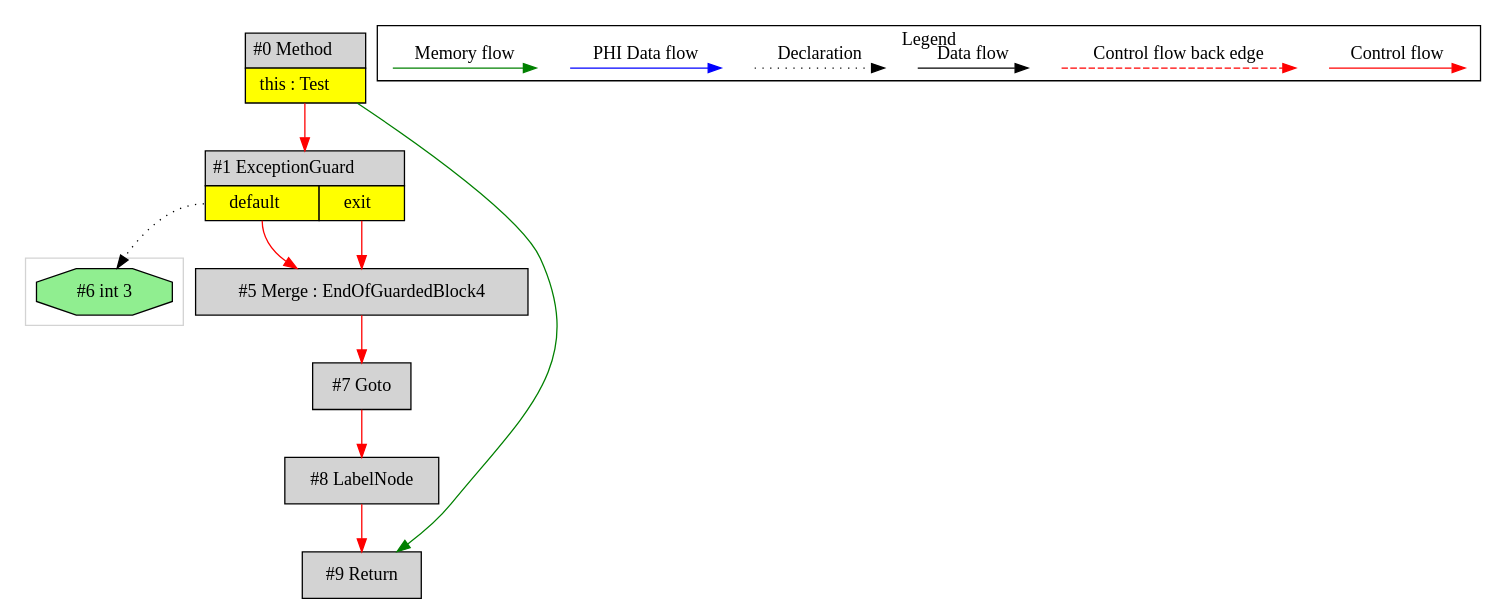
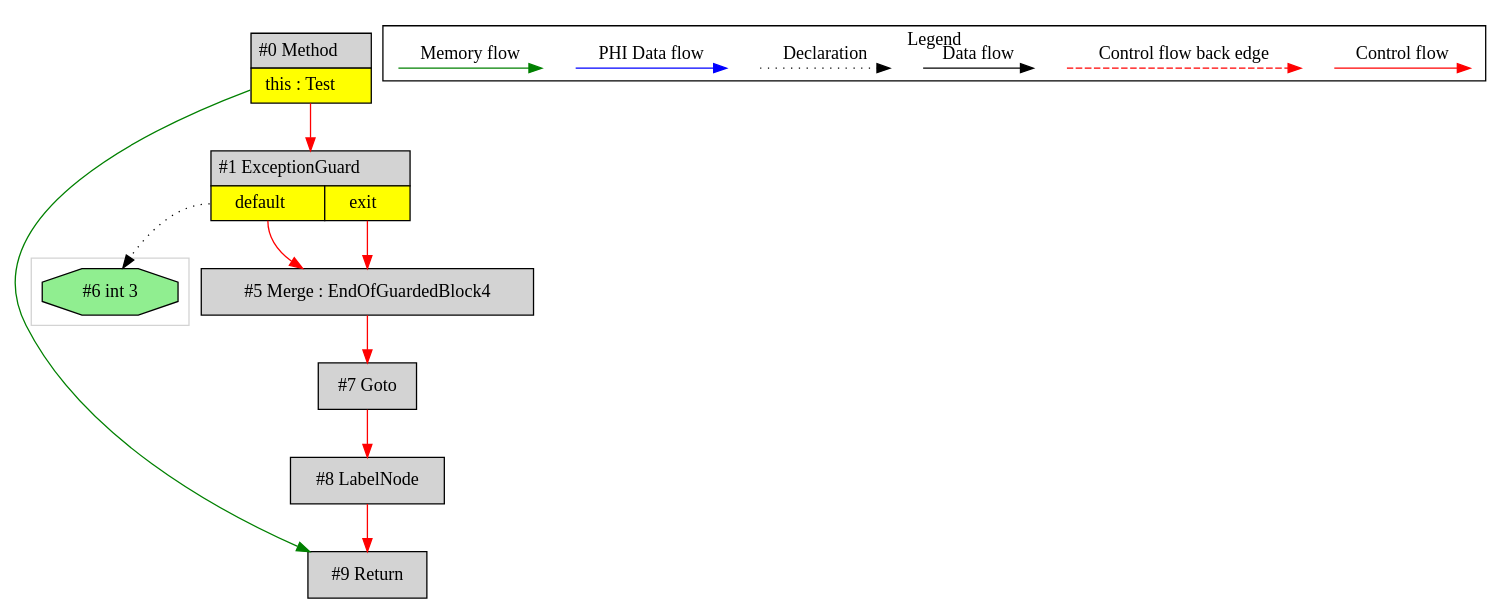
Before and after one commit to mirkosertic/MetaIR: the diagram in de.mirkosertic.metair.ir.OpcodeTryCatchTest/test_SimpleCatchAll/ir.dot, drawn with Graphviz. The commit also changed 1685 other files, not shown here.

```diff
--- a/de.mirkosertic.metair.ir.OpcodeTryCatchTest/test_SimpleCatchAll/ir.dot
+++ b/de.mirkosertic.metair.ir.OpcodeTryCatchTest/test_SimpleCatchAll/ir.dot
@@ -1,48 +1,48 @@
 digraph {
  ordering="in";
  node0[margin="0", label=<<table border="0" cellborder="1" cellspacing="0" cellpadding="5"><tr><td colspan="1">#0 Method</td></tr><tr><td port="prj2" bgcolor="yellow">this : Test</td></tr></table>>,shape=none, fillcolor=lightgrey, style=filled];
- node1[margin="0", label=<<table border="0" cellborder="1" cellspacing="0" cellpadding="5"><tr><td colspan="2">#1 ExceptionGuard</td></tr><tr><td port="prj3" bgcolor="yellow">default</td><td port="prj4" bgcolor="yellow">exit</td></tr></table>>,shape=none, fillcolor=lightgrey, style=filled];
- node0 -> node1[labeldistance=2, color=red, fontcolor=red];
- node5[label="#5 Merge : EndOfGuardedBlock4",shape=box, fillcolor=lightgrey, style=filled];
- node1:prj3 -> node5[labeldistance=2, color=red, fontcolor=red];
- node1:prj4 -> node5[labeldistance=2, color=red, fontcolor=red];
- node6[label="#6 int 3",shape=octagon, fillcolor=lightgreen, style=filled];
- node1:prj3 -> node6[style=dotted];
- node7[label="#7 Goto",shape=box, fillcolor=lightgrey, style=filled];
- node5 -> node7[labeldistance=2, color=red, fontcolor=red];
- node8[label="#8 LabelNode",shape=box, fillcolor=lightgrey, style=filled];
- node7 -> node8[labeldistance=2, color=red, fontcolor=red];
  node9[label="#9 Return",shape=box, fillcolor=lightgrey, style=filled];
  node8 -> node9[labeldistance=2, color=red, fontcolor=red];
  node0 -> node9[labeldistance=2, color=green, constraint=false];
+ node8[label="#8 LabelNode",shape=box, fillcolor=lightgrey, style=filled];
+ node7 -> node8[labeldistance=2, color=red, fontcolor=red];
+ node7[label="#7 Goto",shape=box, fillcolor=lightgrey, style=filled];
+ node5 -> node7[labeldistance=2, color=red, fontcolor=red];
+ node5[label="#5 Merge : EndOfGuardedBlock4",shape=box, fillcolor=lightgrey, style=filled];
+ node1:prj4 -> node5[labeldistance=2, color=red, fontcolor=red];
+ node1:prj3 -> node5[labeldistance=2, color=red, fontcolor=red];
+ node1[margin="0", label=<<table border="0" cellborder="1" cellspacing="0" cellpadding="5"><tr><td colspan="2">#1 ExceptionGuard</td></tr><tr><td port="prj4" bgcolor="yellow">default</td><td port="prj3" bgcolor="yellow">exit</td></tr></table>>,shape=none, fillcolor=lightgrey, style=filled];
+ node0 -> node1[labeldistance=2, color=red, fontcolor=red];
+ node6[label="#6 int 3",shape=octagon, fillcolor=lightgreen, style=filled];
+ node1:prj4 -> node6[style=dotted];
  subgraph cluster_0 {
   color=lightgray;
   node6;
  }
  subgraph cluster_000 {
   label = "Legend";
   node [shape=point]
   {
    rank=same;
    c0 [style = invis];
    c1 [style = invis];
    c2 [style = invis];
    c3 [style = invis];
    d0 [style = invis];
    d1 [style = invis];
    d2 [style = invis];
    d3 [style = invis];
    d4 [style = invis];
    d5 [style = invis];
    d6 [style = invis];
    d7 [style = invis];
   }
   c0 -> c1 [label="Control flow", style=solid, color=red]
   c2 -> c3 [label="Control flow back edge", style=dashed, color=red]
   d0 -> d1 [label="Data flow"]
   d2 -> d3 [label="Declaration", style=dotted]
   d4 -> d5 [label="PHI Data flow", color=blue]
   d6 -> d7 [label="Memory flow", color=green]
  }
 
 }
```
